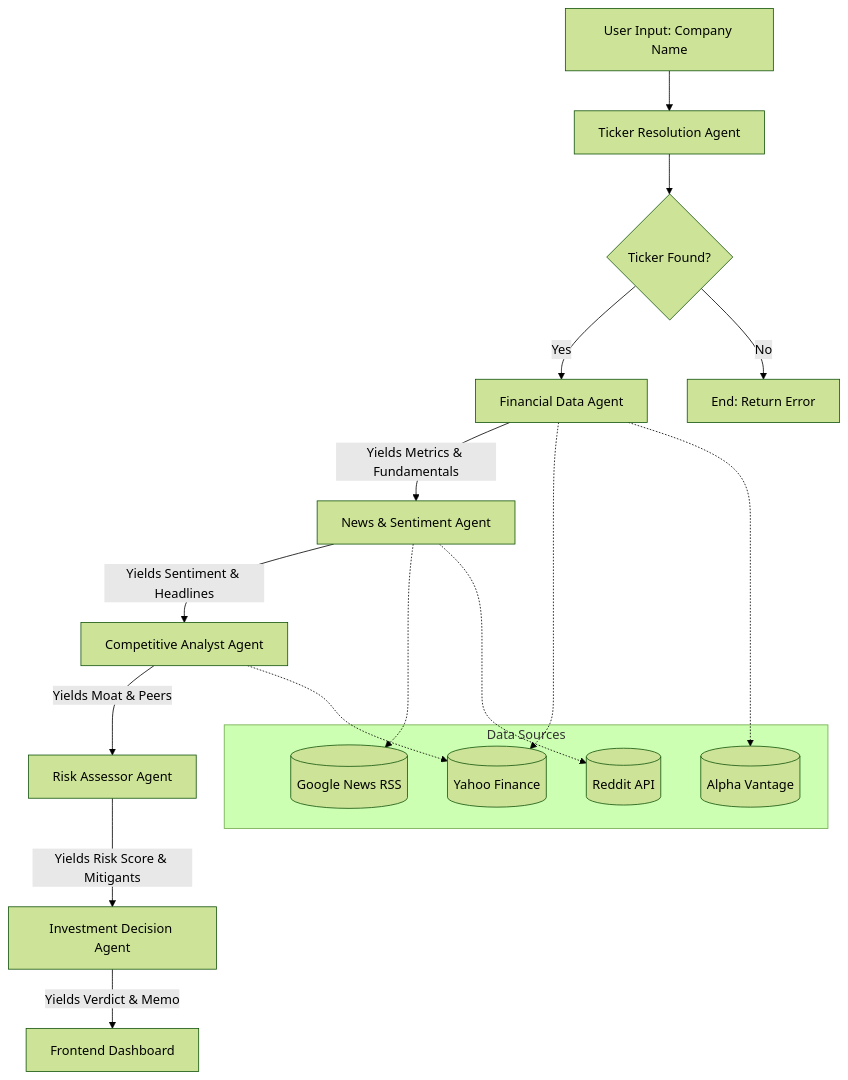
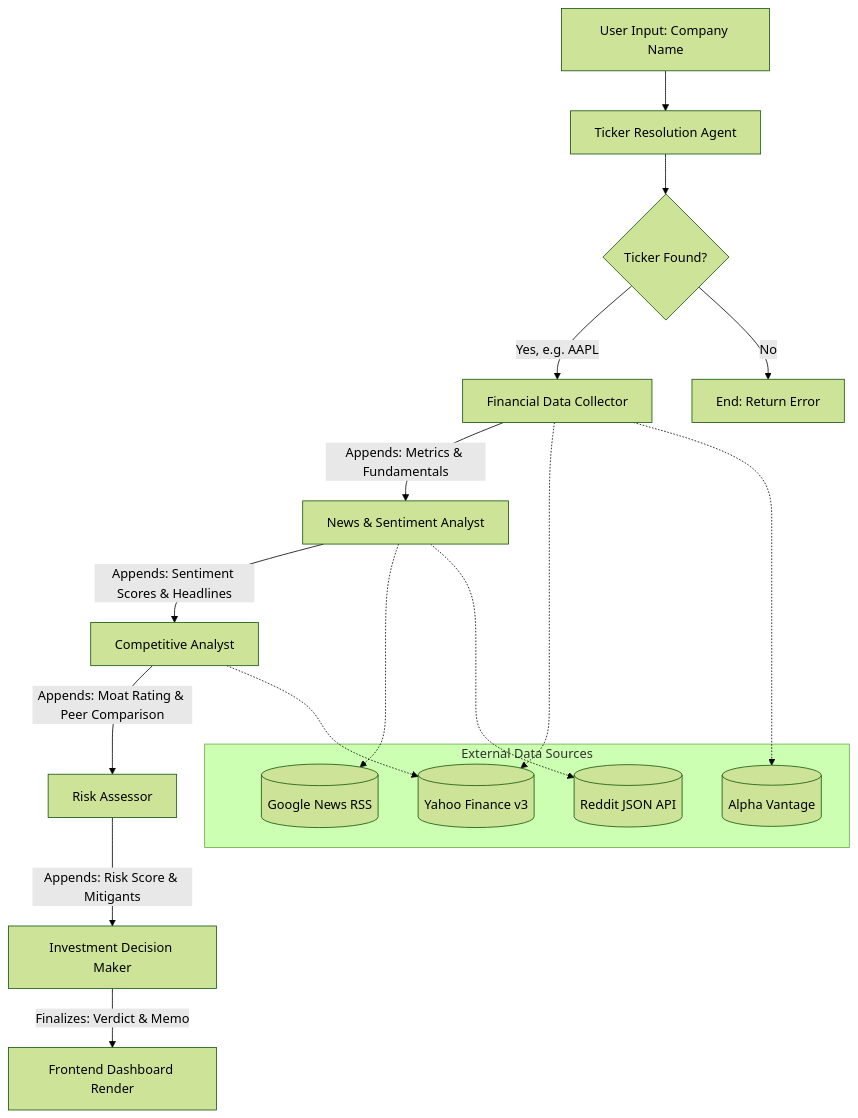
The diagram in README.md (Anurag-Basuri/investoriq), drawn with Mermaid (forest theme) before and after one commit. The commit also changed other lines of this file, not shown here.

````diff
--- a/README.md
+++ b/README.md
@@ -83,27 +87,27 @@
 ```mermaid
 graph TD
     A[User Input: Company Name] --> B[Ticker Resolution Agent]
     B --> C{Ticker Found?}
-    C -->|Yes| D[Financial Data Agent]
+    C -->|Yes, e.g. AAPL| D[Financial Data Collector]
     C -->|No| Z[End: Return Error]
     
-    D -->|Yields Metrics & Fundamentals| E[News & Sentiment Agent]
-    E -->|Yields Sentiment & Headlines| F[Competitive Analyst Agent]
-    F -->|Yields Moat & Peers| G[Risk Assessor Agent]
-    G -->|Yields Risk Score & Mitigants| H[Investment Decision Agent]
+    D -->|Appends: Metrics & Fundamentals| E[News & Sentiment Analyst]
+    E -->|Appends: Sentiment Scores & Headlines| F[Competitive Analyst]
+    F -->|Appends: Moat Rating & Peer Comparison| G[Risk Assessor]
+    G -->|Appends: Risk Score & Mitigants| H[Investment Decision Maker]
     
-    H -->|Yields Verdict & Memo| I[Frontend Dashboard]
+    H -->|Finalizes: Verdict & Memo| I[Frontend Dashboard Render]
     
-    subgraph Data Sources
-    DS1[(Yahoo Finance)]
+    subgraph External Data Sources
+    DS1[(Yahoo Finance v3)]
     DS2[(Alpha Vantage)]
     DS3[(Google News RSS)]
-    DS4[(Reddit API)]
+    DS4[(Reddit JSON API)]
     end
     
     D -.-> DS1
     D -.-> DS2
     E -.-> DS3
     E -.-> DS4
     F -.-> DS1
 ```
````
